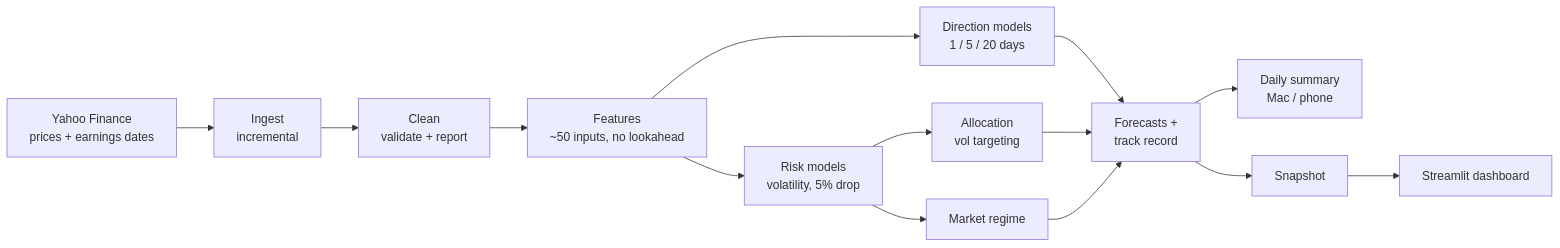
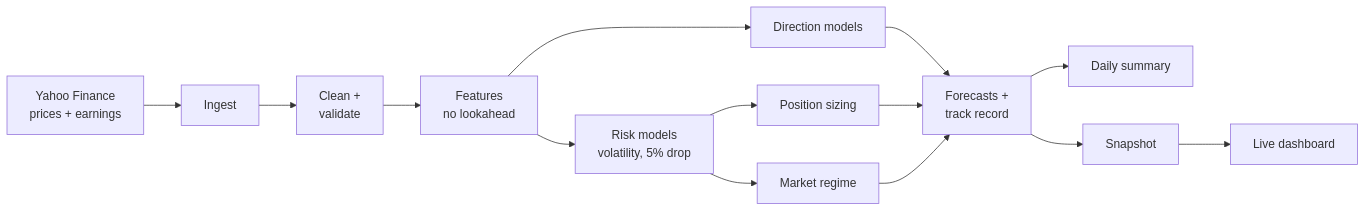
One commit to Chrish1603/Stock-Market-Predictor changed the diagram in README.md. Above: the diagram before and after it, drawn with Mermaid. The commit also changed other lines of this file, not shown here.

````diff
--- a/README.md
+++ b/README.md
@@ -39,16 +67,13 @@
 ```mermaid
 flowchart LR
-  Y[Yahoo Finance<br/>prices + earnings dates] --> I[Ingest<br/>incremental]
-  I --> C[Clean<br/>validate + report]
-  C --> F[Features<br/>~50 inputs, no lookahead]
-  F --> D[Direction models<br/>1 / 5 / 20 days]
+  Y[Yahoo Finance<br/>prices + earnings] --> I[Ingest] --> C[Clean +<br/>validate] --> F[Features<br/>no lookahead]
+  F --> D[Direction models]
   F --> R[Risk models<br/>volatility, 5% drop]
-  R --> A[Allocation<br/>vol targeting]
+  R --> A[Position sizing]
   R --> G[Market regime]
   D --> P[Forecasts +<br/>track record]
   A --> P
   G --> P
-  P --> N[Daily summary<br/>Mac / phone]
-  P --> S[Snapshot]
-  S --> W[Streamlit dashboard]
+  P --> N[Daily summary]
+  P --> S[Snapshot] --> W[Live dashboard]
 ```
````
